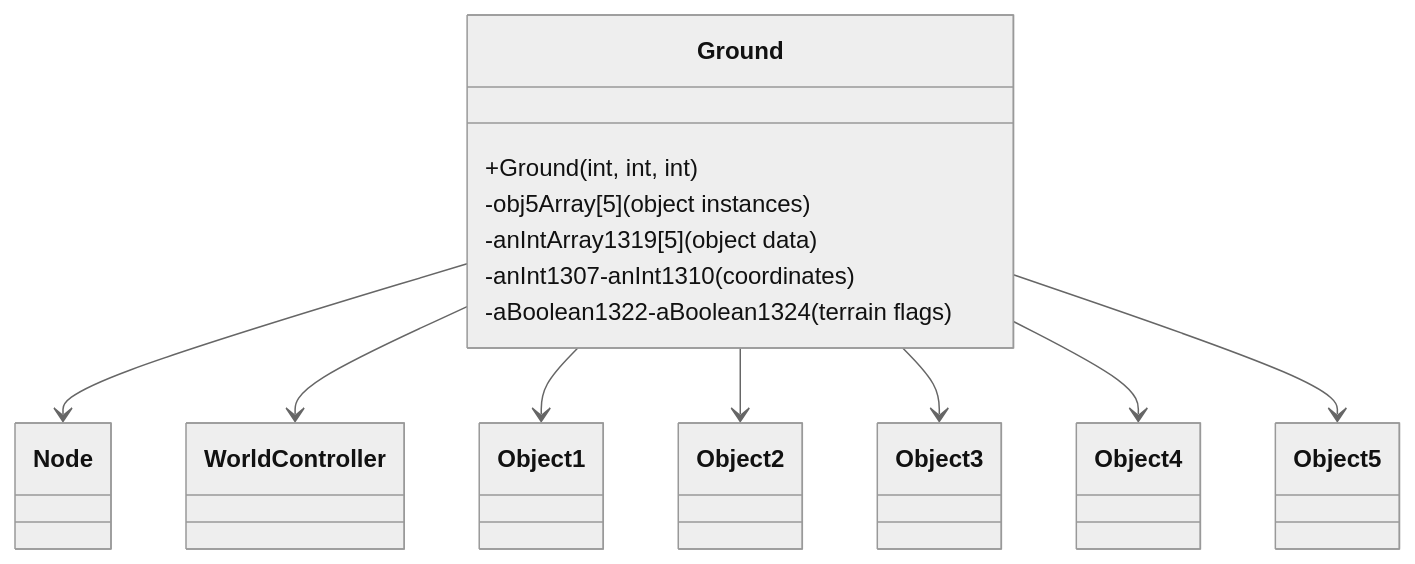
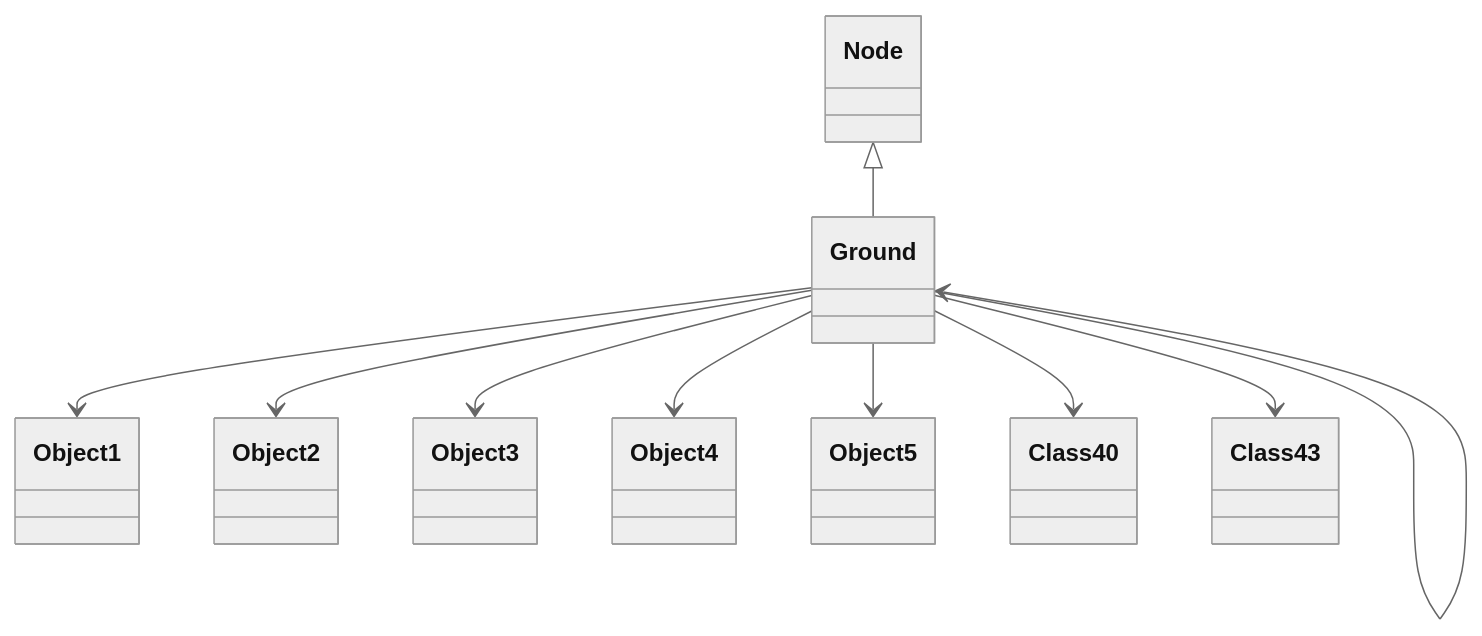
One commit to daxxog/solmud changed the diagram in bytecode/mapping/evidence/verified/Ground_QTKGMFHL.md. Above: the diagram before and after it, drawn with Mermaid (neutral theme). The commit also changed other lines of this file and 39 other files, not shown here.

````diff
--- a/bytecode/mapping/evidence/verified/Ground_QTKGMFHL.md
+++ b/bytecode/mapping/evidence/verified/Ground_QTKGMFHL.md
@@ -16,15 +12,12 @@
 ```mermaid
 classDiagram
-    Ground --> Node
-    Ground --> WorldController
+    Node <|-- Ground
     Ground --> Object1
-    Ground --> Object2
+    Ground --> Object2  
     Ground --> Object3
     Ground --> Object4
     Ground --> Object5
-    Ground : +Ground(int, int, int)
-    Ground : -obj5Array[5] (object instances)
-    Ground : -anIntArray1319[5] (object data)
-    Ground : -anInt1307-anInt1310 (coordinates)
-    Ground : -aBoolean1322-aBoolean1324 (terrain flags)
+    Ground --> Class40
+    Ground --> Class43
+    Ground --> Ground
 ```
````
